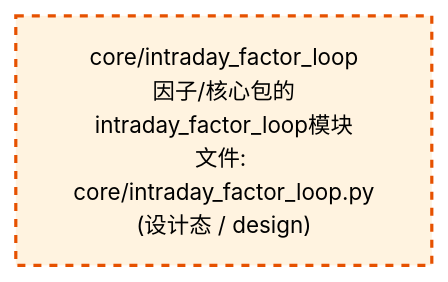
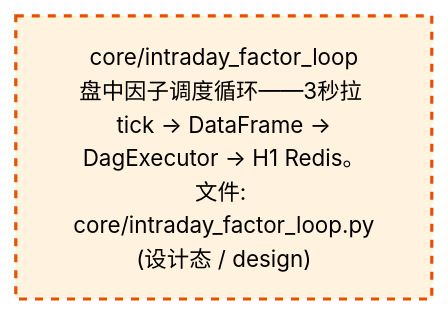
One commit to xuanFelixVan/ZephyrAlpha changed the third of 4 diagrams in docs/02_enterprise_architecture/02_domain_architecture_docs/46_d_factor.md. Above: the diagram before and after it, drawn with Mermaid. The commit also changed other lines of this file and 45 other files, not shown here.

````diff
--- a/docs/02_enterprise_architecture/02_domain_architecture_docs/46_d_factor.md
+++ b/docs/02_enterprise_architecture/02_domain_architecture_docs/46_d_factor.md
@@ -325,10 +325,10 @@
 ```mermaid
 %%{init: {'theme': 'base', 'themeVariables': {'primaryColor': '#eaeaea', 'primaryTextColor': '#333333', 'primaryBorderColor': '#666666', 'lineColor': '#666666', 'secondaryColor': '#eaeaea', 'tertiaryColor': '#eaeaea', 'fontSize': '14px'}}}%%
 flowchart TD
-    src_zephyr_factor_core_intraday_factor_loop_py["core/intraday_factor_loop<br/>因子/核心包的intraday_factor_loop模块<br/>文件: core/intraday_factor_loop.py<br/>(设计态 / design)"]
+    src_zephyr_factor_core_intraday_factor_loop_py["core/intraday_factor_loop<br/>盘中因子调度循环——3秒拉 tick → DataFrame →<br/>DagExecutor → H1 Redis。<br/>文件: core/intraday_factor_loop.py<br/>(设计态 / design)"]
     classDef production fill:#e1f5fe,stroke:#01579b,stroke-width:2px,color:#000
     classDef design fill:#fff3e0,stroke:#e65100,stroke-width:2px,color:#000,stroke-dasharray: 5 5
     classDef external_prod fill:#e8f4fd,stroke:#0277bd,stroke-width:1px,color:#000
     classDef external_design fill:#fff8e7,stroke:#ef6c00,stroke-width:1px,color:#000,stroke-dasharray: 5 5
     class src_zephyr_factor_core_intraday_factor_loop_py design
 ```
````
